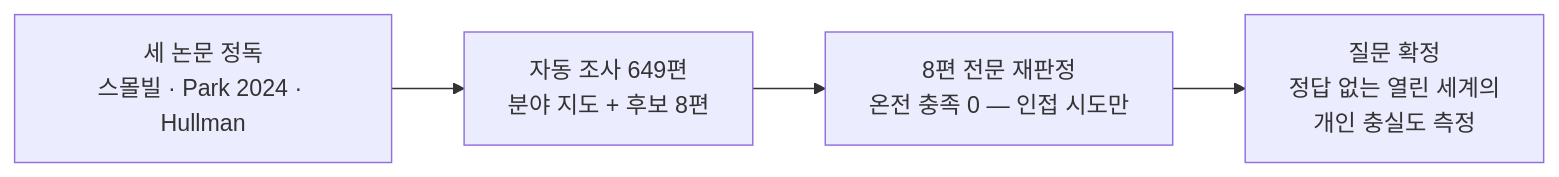
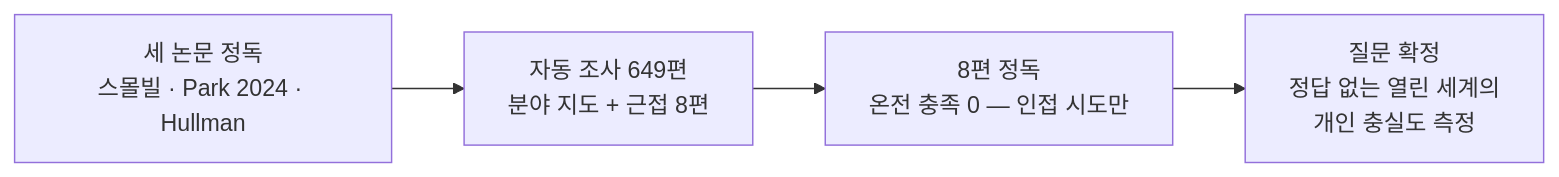
One commit to qoal1201/synthetic-society-research changed the diagram in experiments/2026-06-29-prologue.qmd. Above: the diagram before and after it, drawn with Mermaid. The commit also changed other lines of this file, not shown here.

````diff
--- a/experiments/2026-06-29-prologue.qmd
+++ b/experiments/2026-06-29-prologue.qmd
@@ -13,6 +11,6 @@
 ```{mermaid}
 flowchart LR
-    A["세 논문 정독<br/>스몰빌 · Park 2024 · Hullman"] --> B["자동 조사 649편<br/>분야 지도 + 후보 8편"]
-    B --> C["8편 전문 재판정<br/>온전 충족 0 — 인접 시도만"]
+    A["세 논문 정독<br/>스몰빌 · Park 2024 · Hullman"] --> B["자동 조사 649편<br/>분야 지도 + 근접 8편"]
+    B --> C["8편 정독<br/>온전 충족 0 — 인접 시도만"]
     C --> D["질문 확정<br/>정답 없는 열린 세계의<br/>개인 충실도 측정"]
 ```
````
